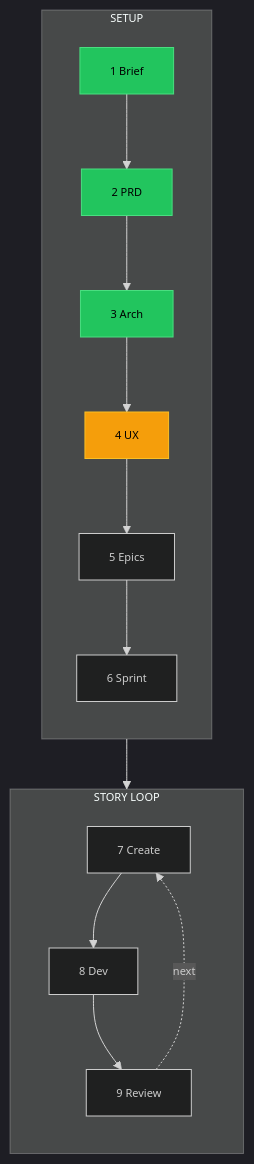
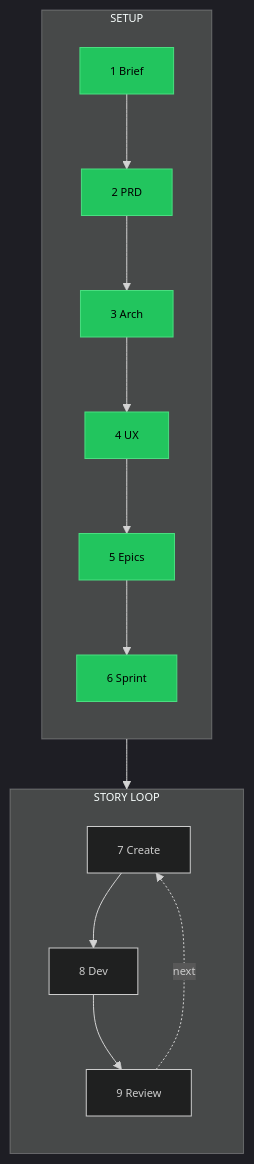
One commit to mgerasolo/the-keep changed the diagram in docs/BMAD-TIMELINE.md. Above: the diagram before and after it, drawn with Mermaid. The commit also changed other lines of this file and 60 other files, not shown here.

````diff
--- a/docs/BMAD-TIMELINE.md
+++ b/docs/BMAD-TIMELINE.md
@@ -9,30 +10,32 @@
 ```mermaid
 %%{init: {'theme': 'dark', 'themeVariables': { 'fontSize': '11px'}}}%%
 flowchart TB
     subgraph SETUP["SETUP"]
         direction TB
         S1["1 Brief"]
         S2["2 PRD"]
         S3["3 Arch"]
         S4["4 UX"]
         S5["5 Epics"]
         S6["6 Sprint"]
         S1 --> S2 --> S3 --> S4 --> S5 --> S6
     end
 
     subgraph LOOP["STORY LOOP"]
         direction TB
         L7["7 Create"]
         L8["8 Dev"]
         L9["9 Review"]
         L7 --> L8 --> L9
         L9 -.->|next| L7
     end
 
     S6 --> LOOP
 
     style S1 fill:#22c55e,stroke:#4ade80,color:#000
     style S2 fill:#22c55e,stroke:#4ade80,color:#000
     style S3 fill:#22c55e,stroke:#4ade80,color:#000
-    style S4 fill:#f59e0b,stroke:#fbbf24,color:#000
+    style S4 fill:#22c55e,stroke:#4ade80,color:#000
+    style S5 fill:#22c55e,stroke:#4ade80,color:#000
+    style S6 fill:#22c55e,stroke:#4ade80,color:#000
 ```
````
